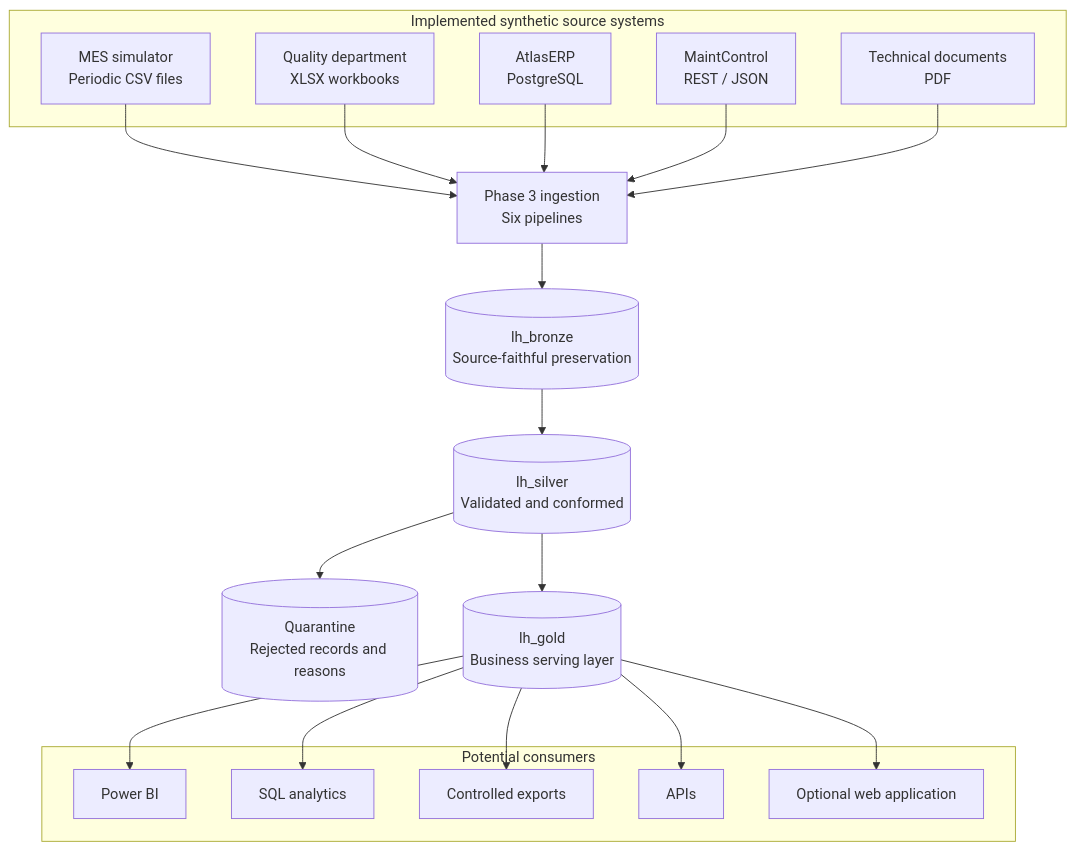
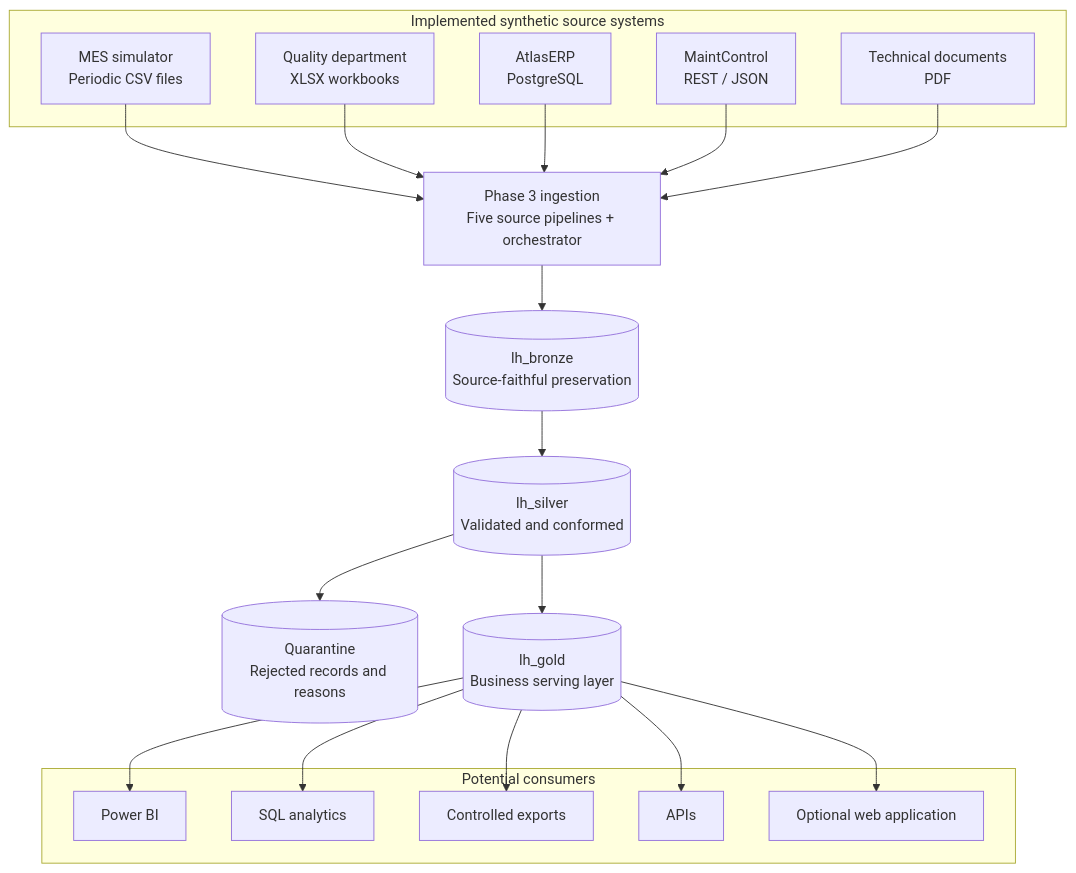
Before and after one commit to LuidiC/industrial-data-platform: the diagram in docs/architecture/overview.md, drawn with Mermaid. The commit also changed other lines of this file and 3 other files, not shown here.

````diff
--- a/docs/architecture/overview.md
+++ b/docs/architecture/overview.md
@@ -18,39 +29,48 @@
 ```mermaid
 flowchart TB
+
     subgraph Sources[Implemented synthetic source systems]
         MES[MES simulator<br/>Periodic CSV files]
         QUALITY[Quality department<br/>XLSX workbooks]
         ERP[AtlasERP<br/>PostgreSQL]
         MAINT[MaintControl<br/>REST / JSON]
         DOCS[Technical documents<br/>PDF]
     end
 
-    INGEST[Phase 3 ingestion<br/>Six pipelines]
+    INGEST[Phase 3 ingestion<br/>Five source pipelines + orchestrator]
+
     BRONZE[(lh_bronze<br/>Source-faithful preservation)]
+
     SILVER[(lh_silver<br/>Validated and conformed)]
+
     QUARANTINE[(Quarantine<br/>Rejected records and reasons)]
+
     GOLD[(lh_gold<br/>Business serving layer)]
 
     subgraph Consumers[Potential consumers]
         POWERBI[Power BI]
         SQL[SQL analytics]
         EXPORTS[Controlled exports]
         APIS[APIs]
         WEB[Optional web application]
     end
 
     MES --> INGEST
     QUALITY --> INGEST
     ERP --> INGEST
     MAINT --> INGEST
+    DOCS --> INGEST
+
     INGEST --> BRONZE
-    DOCS --> INGEST
+
     BRONZE --> SILVER
+
     SILVER --> GOLD
     SILVER --> QUARANTINE
+
     GOLD --> POWERBI
     GOLD --> SQL
     GOLD --> EXPORTS
     GOLD --> APIS
     GOLD --> WEB
 ```
````
